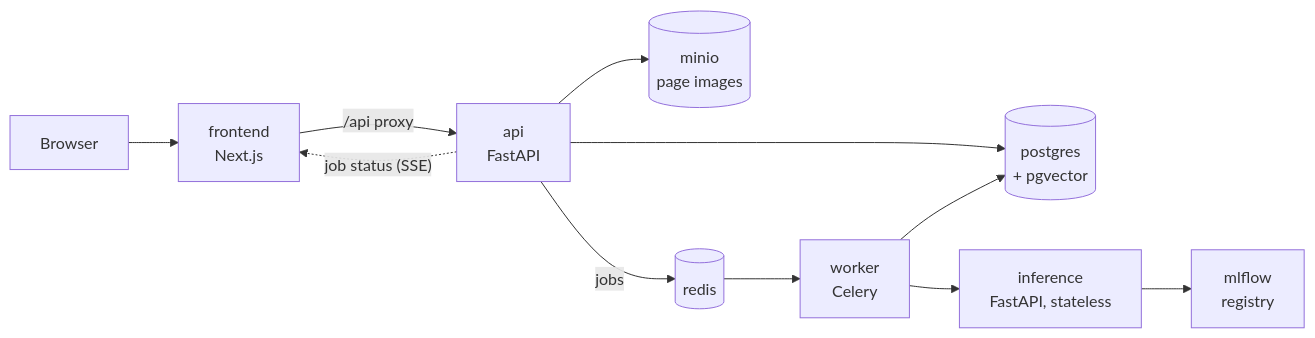
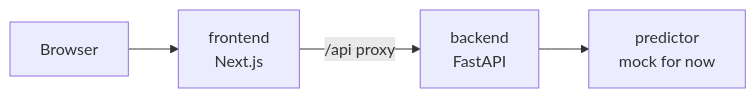
Before and after one commit to muhammadov-q/team4: the diagram in docs/architecture/overview.md, drawn with Mermaid. The commit also changed other lines of this file and 23 other files, not shown here.

````diff
--- a/docs/architecture/overview.md
+++ b/docs/architecture/overview.md
@@ -7,13 +5,6 @@
 ```mermaid
 flowchart LR
-    Browser["Browser"] --> Frontend["frontend<br/>Next.js"]
-    Frontend -->|"/api proxy"| API["api<br/>FastAPI"]
-    API --> Postgres[("postgres<br/>+ pgvector")]
-    API --> MinIO[("minio<br/>page images")]
-    API -->|jobs| Redis[("redis")]
-    Redis --> Worker["worker<br/>Celery"]
-    Worker --> Inference["inference<br/>FastAPI, stateless"]
-    Inference --> MLflow["mlflow<br/>registry"]
-    Worker --> Postgres
-    API -.->|"job status (SSE)"| Frontend
+    Browser --> Frontend["frontend<br/>Next.js"]
+    Frontend -->|"/api proxy"| Backend["backend<br/>FastAPI"]
+    Backend --> Predictor["predictor<br/>mock for now"]
 ```
````
